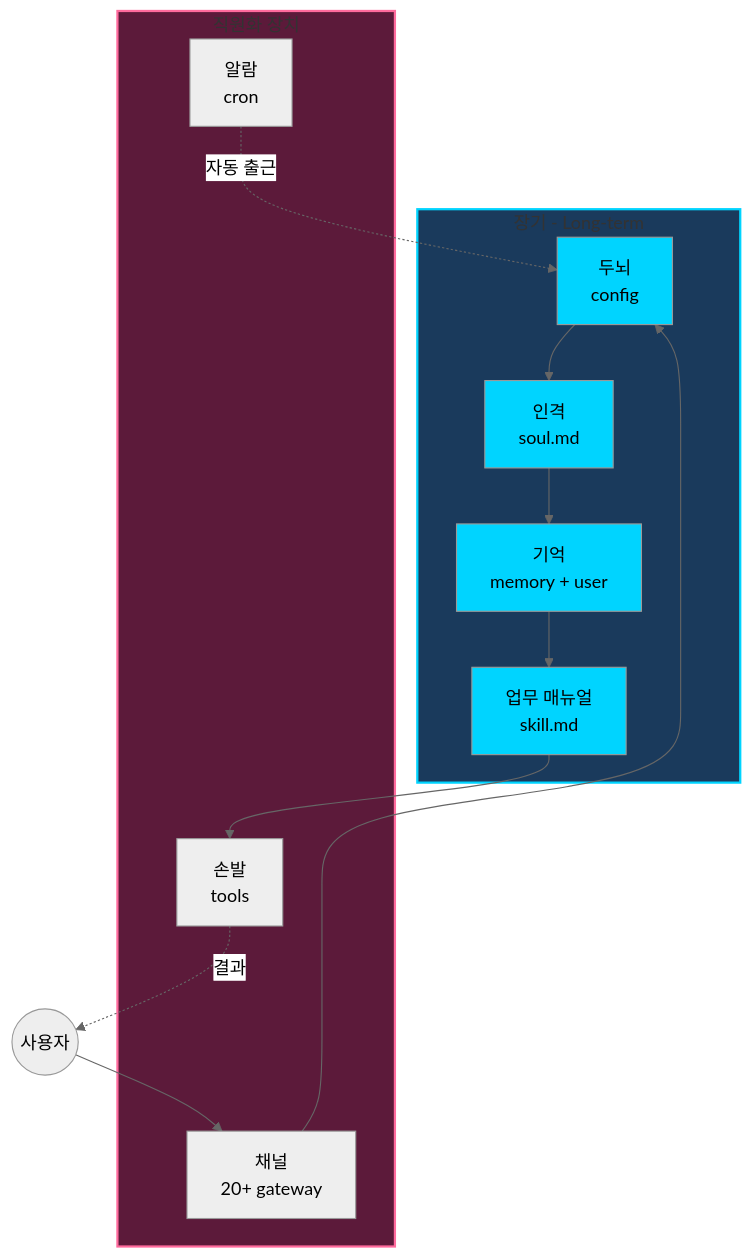
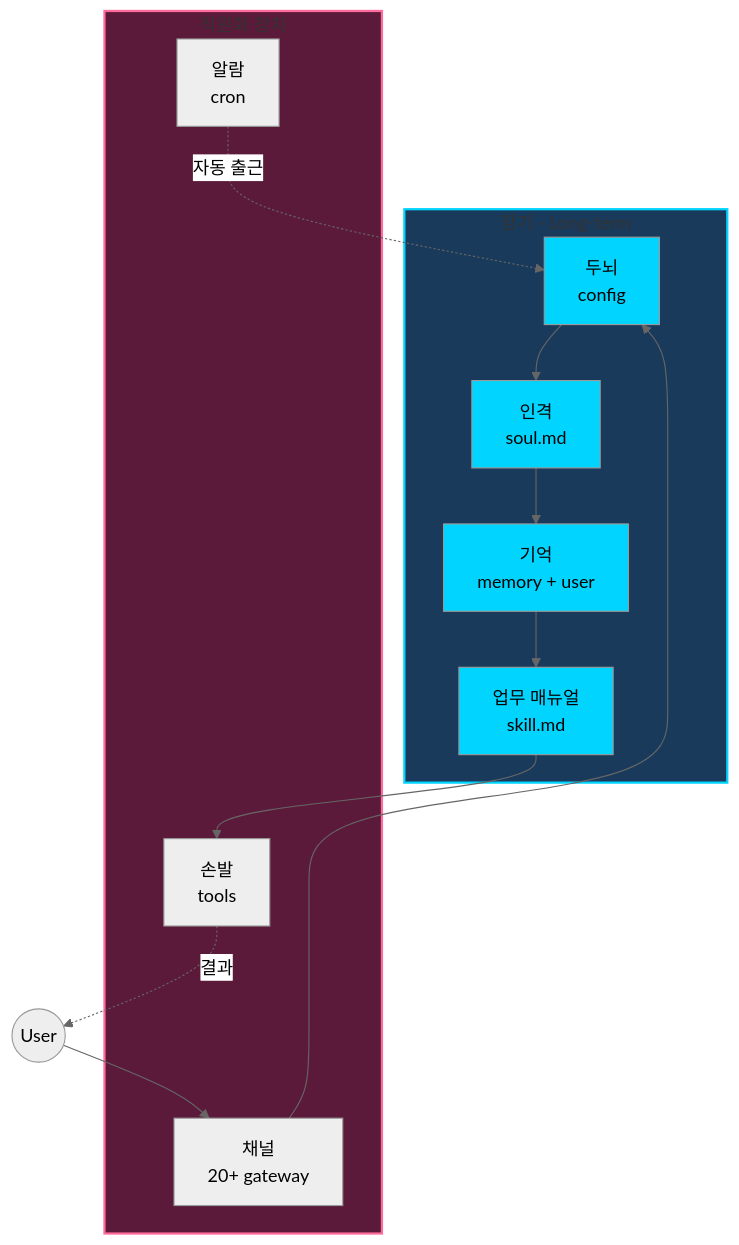
One commit to mybotagent/hermes-architecture-deck changed the first of 3 diagrams in slides/01-hermes-vs-chatbot.md. Above: the diagram before and after it, drawn with Mermaid (neutral theme). The commit also changed other lines of this file and 6 other files, not shown here.

First line of the commit message:
fix: mermaid 안정성 강화

````diff
--- a/slides/01-hermes-vs-chatbot.md
+++ b/slides/01-hermes-vs-chatbot.md
@@ -28,31 +28,31 @@
 ```mermaid
 flowchart TB
     subgraph longterm["장기 - Long-term"]
-        brain["두뇌<br/>config"]
-        soul["인격<br/>soul.md"]
-        memory["기억<br/>memory + user"]
-        skill["업무 매뉴얼<br/>skill.md"]
+        brain["두뇌<br>config"]
+        soul["인격<br>soul.md"]
+        memory["기억<br>memory + user"]
+        skill["업무 매뉴얼<br>skill.md"]
     end
 
     subgraph tools3["직원화 장치"]
-        hands["손발<br/>tools"]
-        channel["채널<br/>20+ gateway"]
-        alarm["알람<br/>cron"]
+        hands["손발<br>tools"]
+        channel["채널<br>20+ gateway"]
+        alarm["알람<br>cron"]
     end
 
-    user((사용자)) --> channel
+    user((User)) --> channel
     channel --> brain
     brain --> soul
     soul --> memory
     memory --> skill
     skill --> hands
     alarm -.자동 출근.-> brain
     hands -.결과.-> user
 
     style longterm fill:#1a3a5c,stroke:#00d4ff,stroke-width:2px
     style tools3 fill:#5c1a3a,stroke:#ff6b9d,stroke-width:2px
     style brain fill:#00d4ff,color:#000
     style soul fill:#00d4ff,color:#000
     style memory fill:#00d4ff,color:#000
     style skill fill:#00d4ff,color:#000
 ```
````
